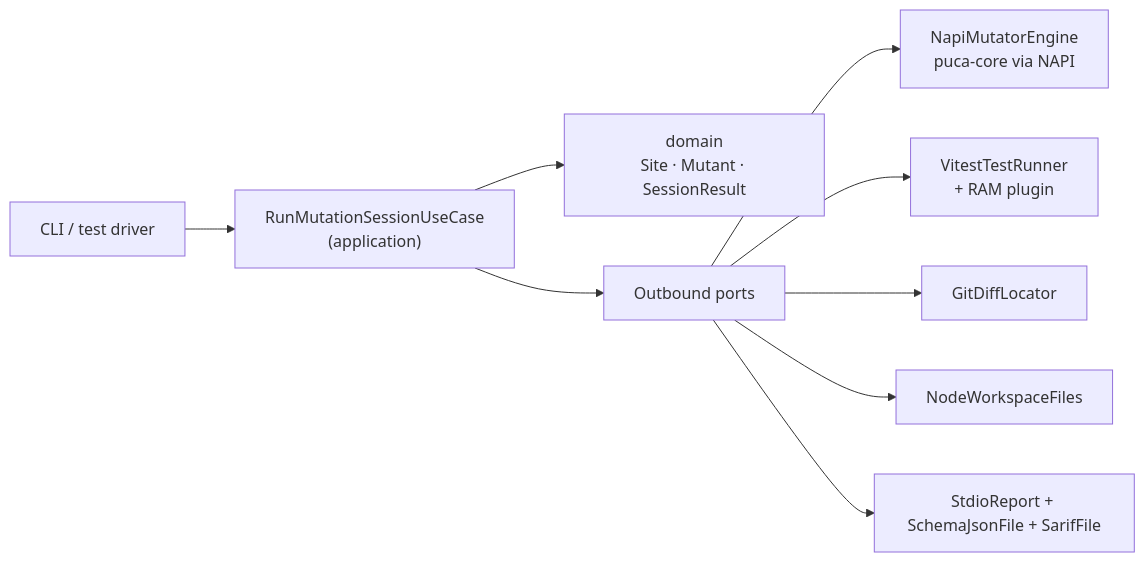
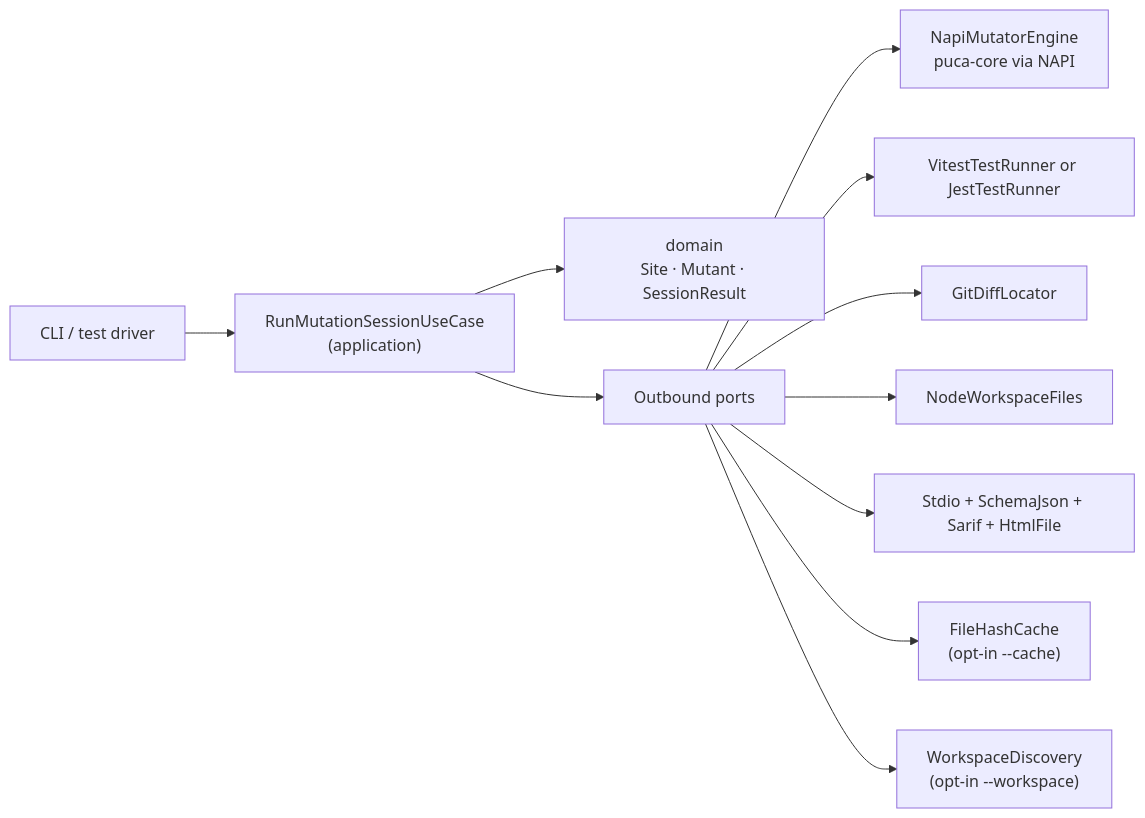
Before and after one commit to RexySaragih/puca: the first of 9 diagrams in ARCHITECTURE.md, drawn with Mermaid. The commit also changed other lines of this file and 48 other files, not shown here.

````diff
--- a/ARCHITECTURE.md
+++ b/ARCHITECTURE.md
@@ -9,11 +9,13 @@
 ```mermaid
 flowchart LR
   Drivers["CLI / test driver"] --> UC["RunMutationSessionUseCase<br/>(application)"]
   UC --> Domain["domain<br/>Site · Mutant · SessionResult"]
   UC --> Ports["Outbound ports"]
   Ports --> Mutator["NapiMutatorEngine<br/>puca-core via NAPI"]
-  Ports --> Runner["VitestTestRunner<br/>+ RAM plugin"]
+  Ports --> Runner["VitestTestRunner or JestTestRunner"]
   Ports --> Locator["GitDiffLocator"]
   Ports --> Files["NodeWorkspaceFiles"]
-  Ports --> Report["StdioReport + SchemaJsonFile + SarifFile"]
+  Ports --> Report["Stdio + SchemaJson + Sarif + HtmlFile"]
+  Ports --> Cache["FileHashCache<br/>(opt-in --cache)"]
+  Ports --> Workspace["WorkspaceDiscovery<br/>(opt-in --workspace)"]
 ```
````
